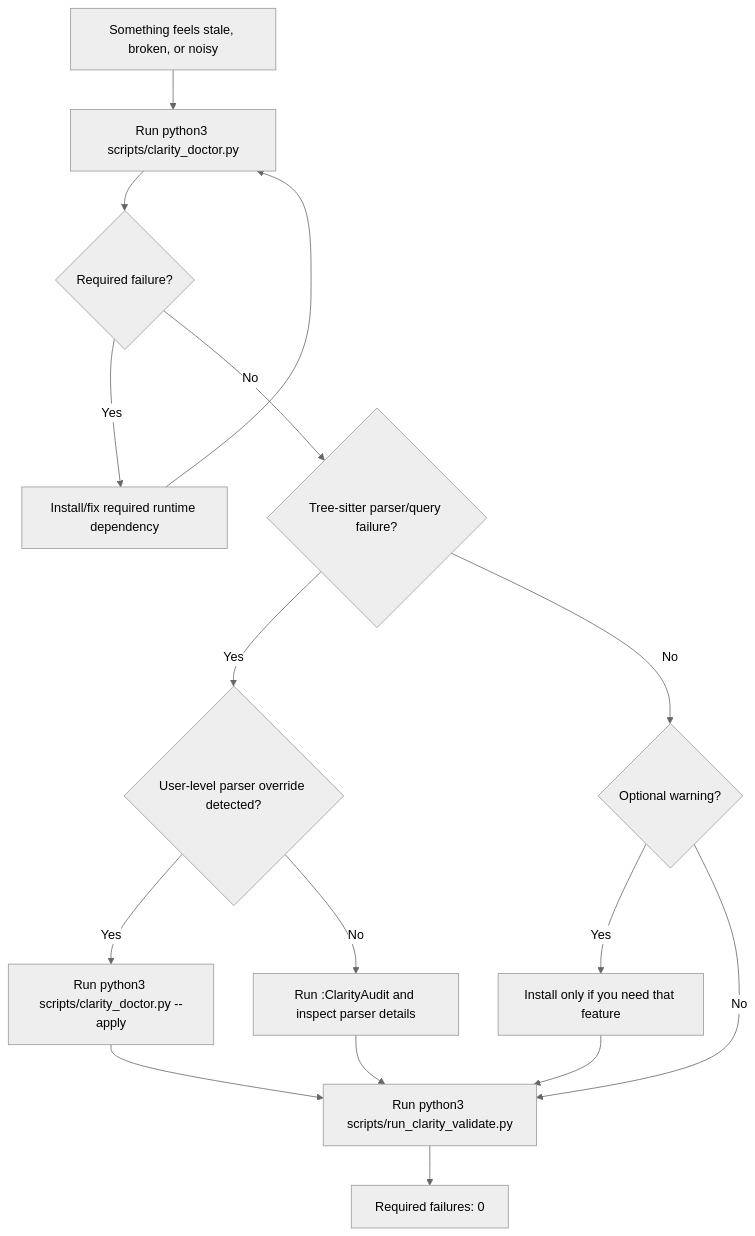
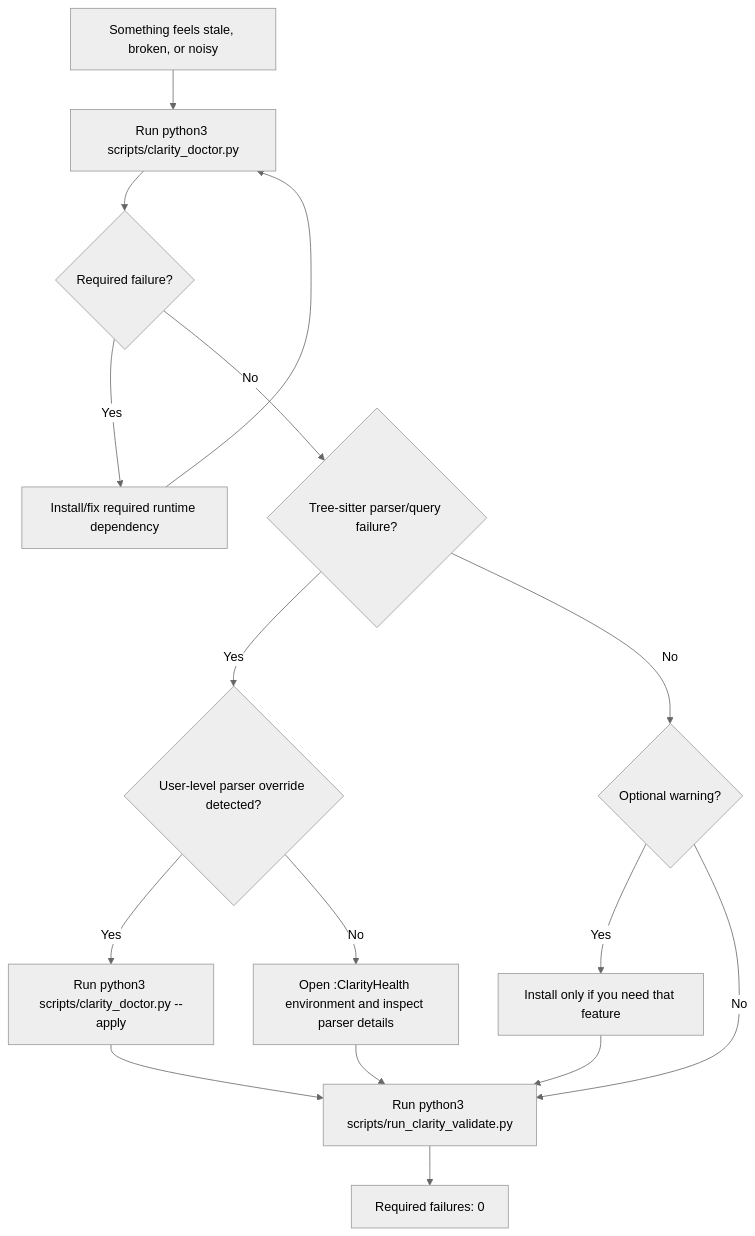
The third of 3 diagrams in README.md (Nongfsq/clarity_lazyvim), drawn with Mermaid (neutral theme) before and after one commit. The commit also changed other lines of this file and 38 other files, not shown here.

````diff
--- a/README.md
+++ b/README.md
@@ -229,18 +231,18 @@
 ```mermaid
 flowchart TD
     Problem["Something feels stale, broken, or noisy"] --> Doctor["Run python3 scripts/clarity_doctor.py"]
     Doctor --> Required{"Required failure?"}
     Required -->|Yes| FixRequired["Install/fix required runtime dependency"]
     Required -->|No| Parser{"Tree-sitter parser/query failure?"}
     Parser -->|Yes| Override{"User-level parser override detected?"}
     Override -->|Yes| Apply["Run python3 scripts/clarity_doctor.py --apply"]
-    Override -->|No| ValidateParser["Run :ClarityAudit and inspect parser details"]
+    Override -->|No| ValidateParser["Open :ClarityHealth environment and inspect parser details"]
     Parser -->|No| Optional{"Optional warning?"}
     Optional -->|Yes| InstallOptional["Install only if you need that feature"]
     Optional -->|No| Validate["Run python3 scripts/run_clarity_validate.py"]
     FixRequired --> Doctor
     Apply --> Validate
     ValidateParser --> Validate
     InstallOptional --> Validate
     Validate --> Done["Required failures: 0"]
 ```
````
